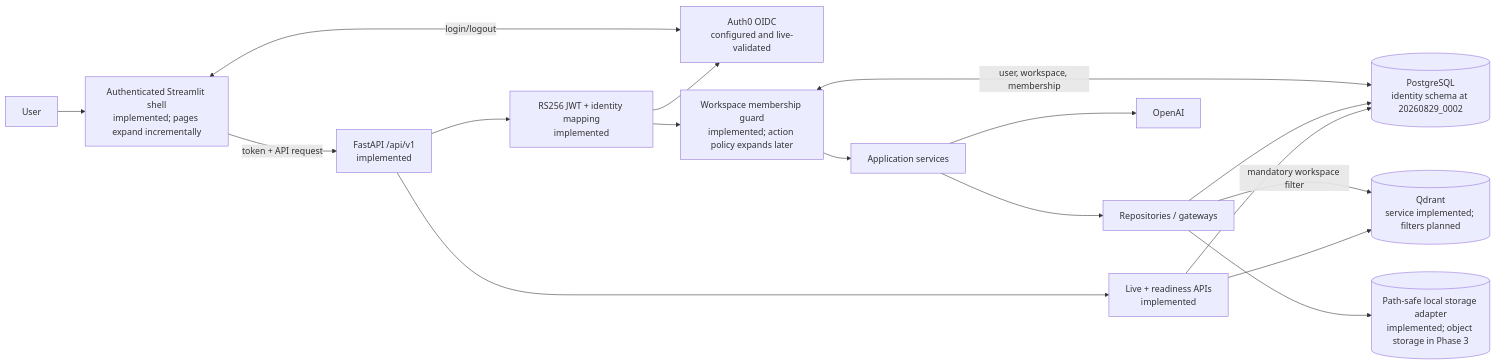
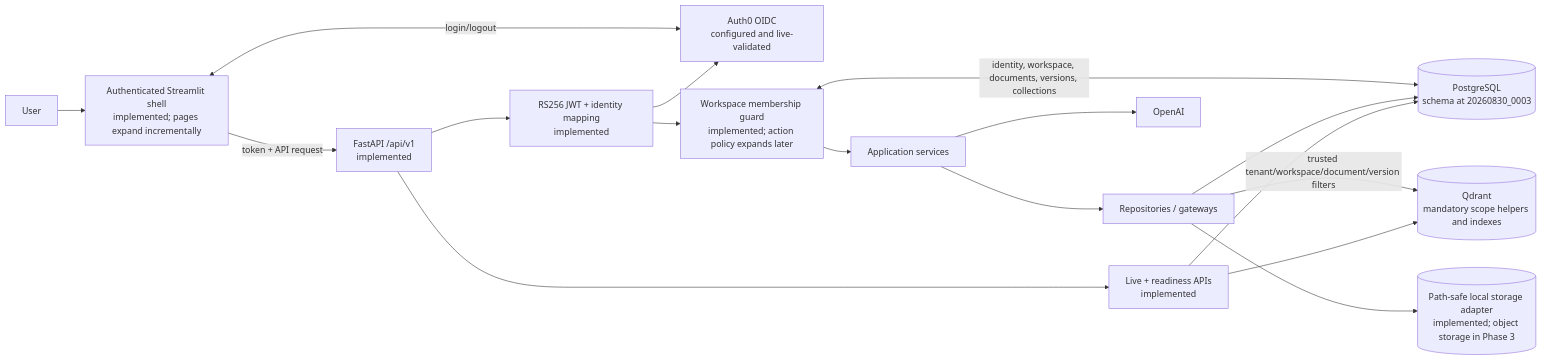
Before and after one commit to mvyas412/ai-projects: the fourth of 11 diagrams in mm-rag-full-stack-genai-bootcamp-2.0/docs/architecture/ARCHITECTURE.md, drawn with Mermaid. The commit also changed other lines of this file and 22 other files, not shown here.

Commit message:
feat(mm-rag): add tenant-safe document library

````diff
--- a/mm-rag-full-stack-genai-bootcamp-2.0/docs/architecture/ARCHITECTURE.md
+++ b/mm-rag-full-stack-genai-bootcamp-2.0/docs/architecture/ARCHITECTURE.md
@@ -207,19 +207,19 @@
 ```mermaid
 flowchart LR
     user["User"] --> st["Authenticated Streamlit shell<br/>implemented; pages expand incrementally"]
     st <-->|"login/logout"| idp["Auth0 OIDC<br/>configured and live-validated"]
     st -->|"token + API request"| routes["FastAPI /api/v1<br/>implemented"]
     routes --> authn["RS256 JWT + identity mapping<br/>implemented"]
     authn --> idp
     authn --> authz["Workspace membership guard<br/>implemented; action policy expands later"]
-    authz <-->|"user, workspace, membership"| pg[("PostgreSQL<br/>identity schema at 20260829_0002")]
+    authz <-->|"identity, workspace, documents, versions, collections"| pg[("PostgreSQL<br/>schema at 20260830_0003")]
     authz --> services["Application services"]
     services --> repos["Repositories / gateways"]
     repos --> pg
-    repos -->|"mandatory workspace filter"| qd[("Qdrant<br/>service implemented; filters planned")]
+    repos -->|"trusted tenant/workspace/document/version filters"| qd[("Qdrant<br/>mandatory scope helpers and indexes")]
     repos --> files[("Path-safe local storage adapter<br/>implemented; object storage in Phase 3")]
     services --> openai["OpenAI"]
     health["Live + readiness APIs<br/>implemented"] --> pg
     health --> qd
     routes --> health
 ```
````
